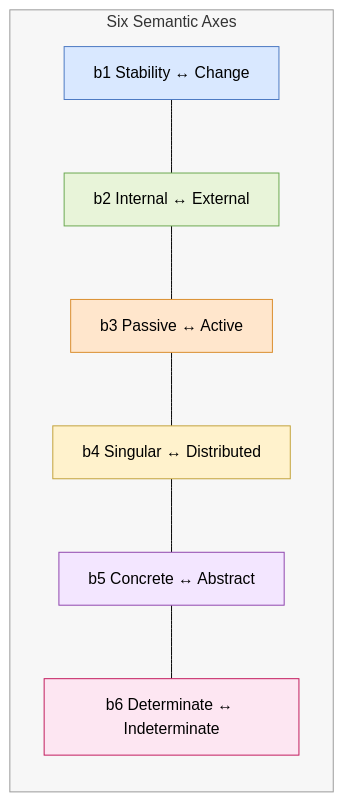
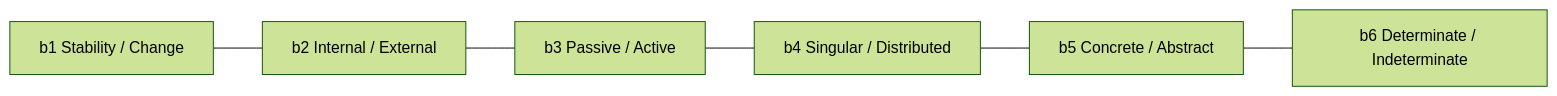
The first of 8 diagrams in whitepaper/Whitepaper‑Figures.mmd (sciganec/subit-atlas), drawn with Mermaid (forest theme) before and after one commit. The commit also changed other lines of this file, not shown here.

````diff
--- a/whitepaper/Whitepaper‑Figures.mmd
+++ b/whitepaper/Whitepaper‑Figures.mmd
@@ -5,22 +5,15 @@
 ```mermaid
 graph LR
+    A1["b1 Stability / Change"]
+    A2["b2 Internal / External"]
+    A3["b3 Passive / Active"]
+    A4["b4 Singular / Distributed"]
+    A5["b5 Concrete / Abstract"]
+    A6["b6 Determinate / Indeterminate"]
 
-    subgraph AXES["Six Semantic Axes"]
-        A1["b1 Stability ↔ Change"]
-        A2["b2 Internal ↔ External"]
-        A3["b3 Passive ↔ Active"]
-        A4["b4 Singular ↔ Distributed"]
-        A5["b5 Concrete ↔ Abstract"]
-        A6["b6 Determinate ↔ Indeterminate"]
-    end
-
-    A1 --- A2 --- A3 --- A4 --- A5 --- A6
-
-    style AXES fill:#f7f7f7,stroke:#999,stroke-width:1px
-    style A1 fill:#d9e8ff,stroke:#4a78c2
-    style A2 fill:#e8f4d9,stroke:#6aa84f
-    style A3 fill:#ffe6cc,stroke:#d98c2c
-    style A4 fill:#fff2cc,stroke:#c2a23a
-    style A5 fill:#f3e6ff,stroke:#8e44ad
-    style A6 fill:#fde6f2,stroke:#c2185b
+    A1 --- A2
+    A2 --- A3
+    A3 --- A4
+    A4 --- A5
+    A5 --- A6
 ```
````
